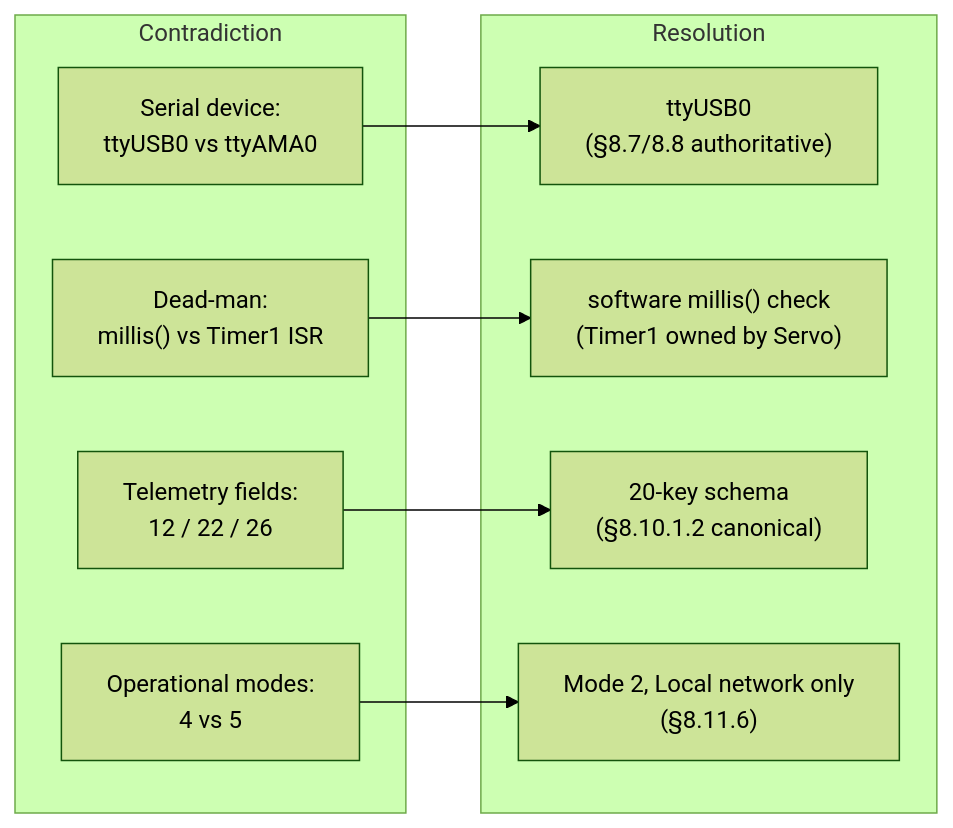
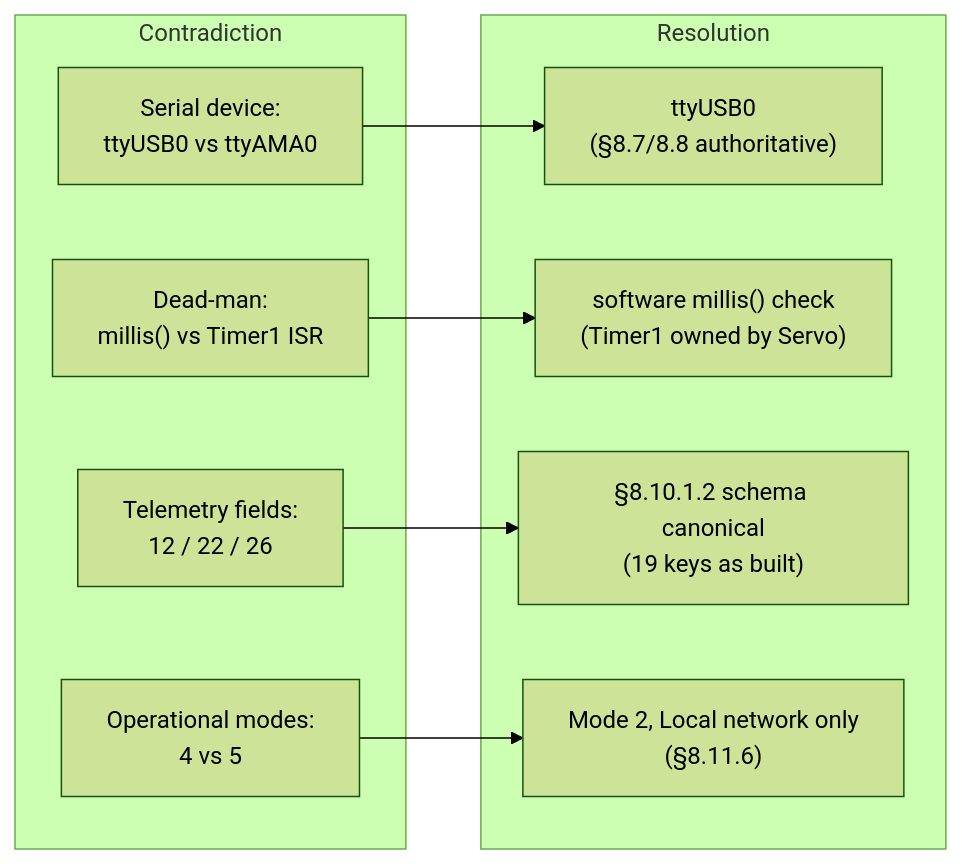
One commit to baiust999/robort-code-from-pi changed diagram 13 of 16 in docs/ARCHITECTURE.md. Above: the diagram before and after it, drawn with Mermaid (forest theme). The commit also changed other lines of this file and 11 other files, not shown here.

````diff
--- a/docs/ARCHITECTURE.md
+++ b/docs/ARCHITECTURE.md
@@ -548,19 +561,19 @@
 ```mermaid
 flowchart LR
     subgraph issues["Contradiction"]
         i1["Serial device:<br/>ttyUSB0 vs ttyAMA0"]
         i4["Dead-man:<br/>millis() vs Timer1 ISR"]
         i6["Telemetry fields:<br/>12 / 22 / 26"]
         i7["Operational modes:<br/>4 vs 5"]
     end
     subgraph resolved["Resolution"]
         r1["ttyUSB0<br/>(§8.7/8.8 authoritative)"]
         r4["software millis() check<br/>(Timer1 owned by Servo)"]
-        r6["20-key schema<br/>(§8.10.1.2 canonical)"]
+        r6["§8.10.1.2 schema canonical<br/>(19 keys as built)"]
         r7["Mode 2, Local network only<br/>(§8.11.6)"]
     end
     i1-->r1
     i4-->r4
     i6-->r6
     i7-->r7
 ```
````
